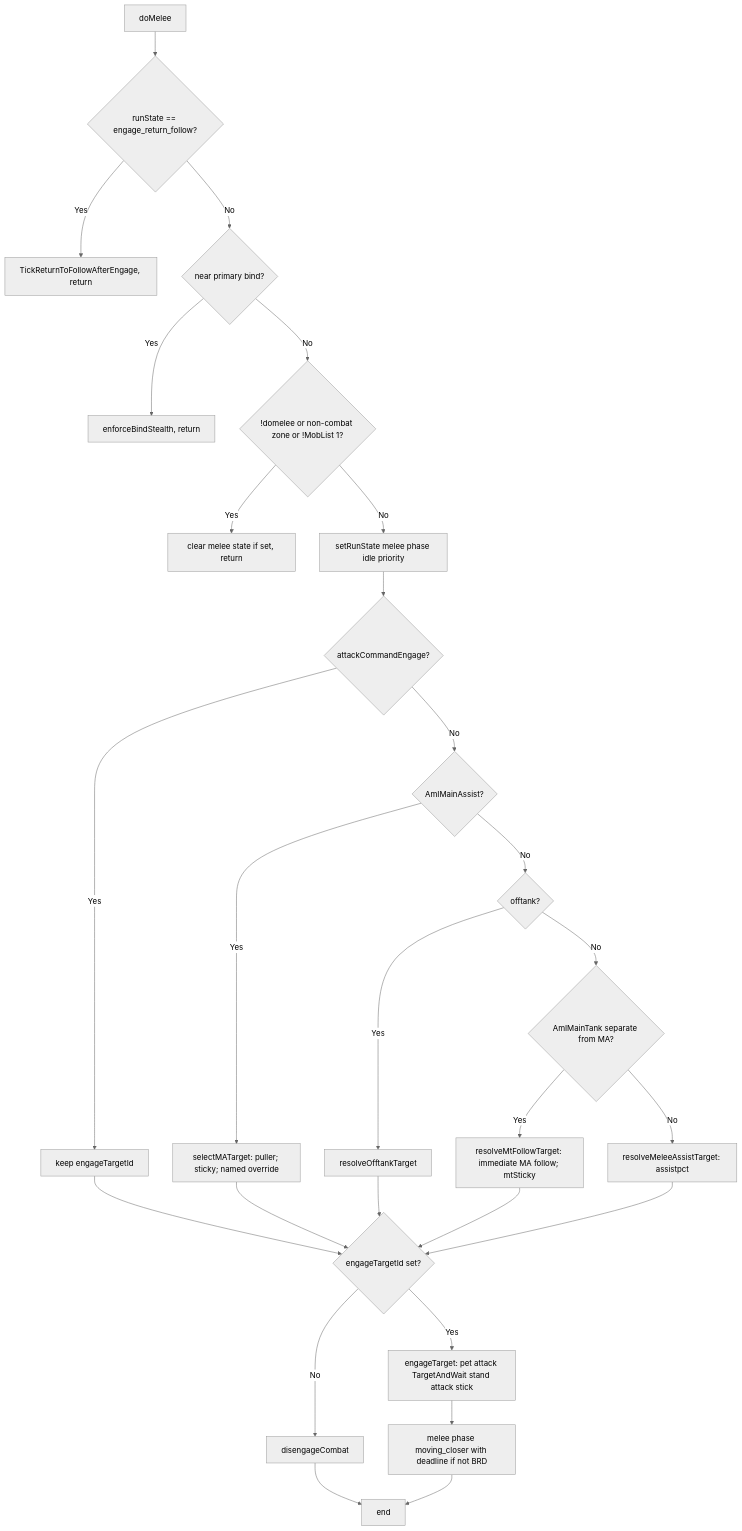
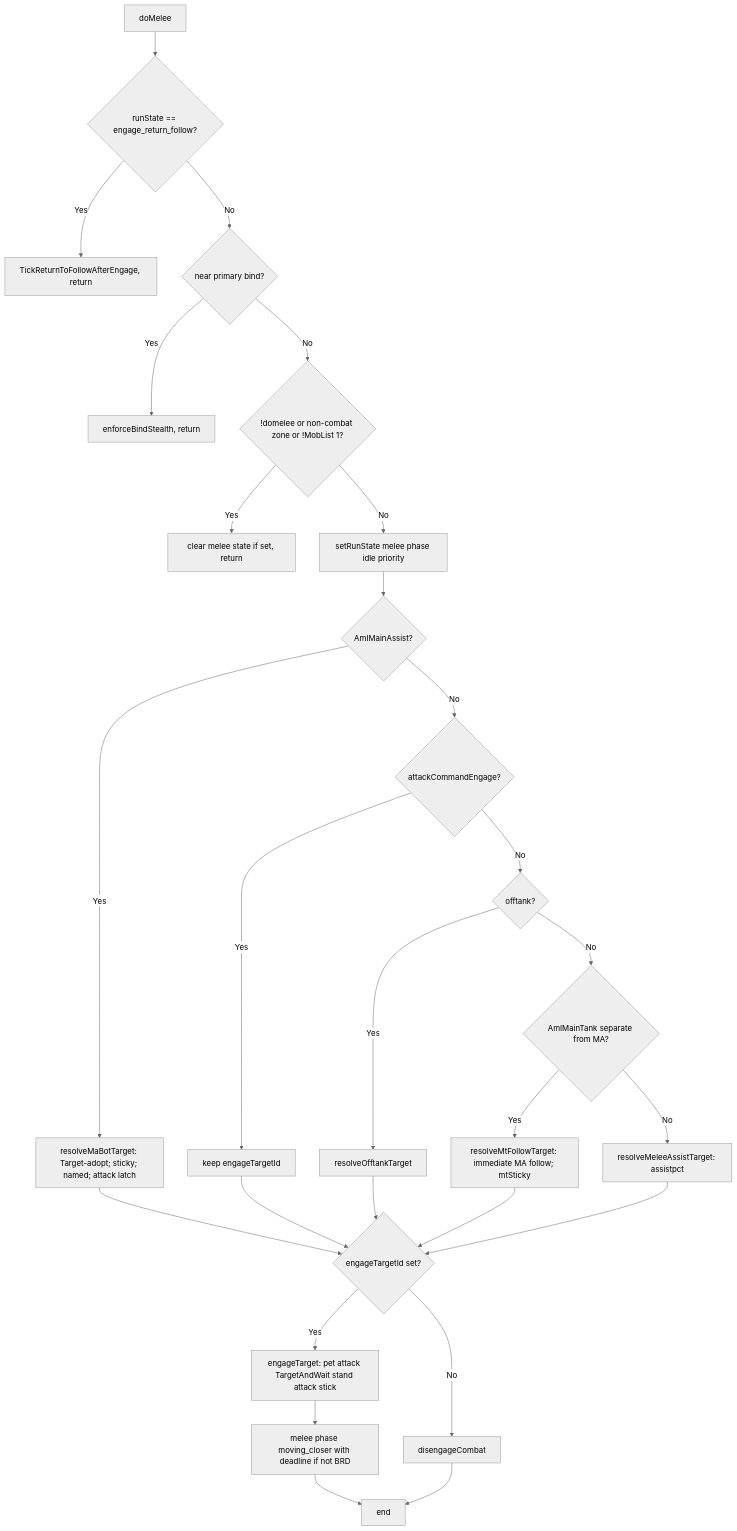
The diagram in docs/botlogic/hook-domelee.md (Cezero/czbot), drawn with Mermaid (neutral theme) before and after one commit. The commit also changed other lines of this file and 13 other files, not shown here.

````diff
--- a/docs/botlogic/hook-domelee.md
+++ b/docs/botlogic/hook-domelee.md
@@ -12,30 +12,30 @@
 ```mermaid
 flowchart TB
     Start[doMelee] --> EngageReturn{runState == engage_return_follow?}
     EngageReturn -->|Yes| TickReturn[TickReturnToFollowAfterEngage, return]
     EngageReturn -->|No| Bind{near primary bind?}
     Bind -->|Yes| ClearBind[enforceBindStealth, return]
     Bind -->|No| Guards{!domelee or non-combat zone or !MobList 1?}
     Guards -->|Yes| ClearMelee[clear melee state if set, return]
     Guards -->|No| SetMelee[setRunState melee phase idle priority]
-    SetMelee --> AttackLock{attackCommandEngage?}
+    SetMelee --> MA{AmIMainAssist?}
+    MA -->|Yes| MATarget[resolveMaBotTarget: Target-adopt; sticky; named; attack latch]
+    MA -->|No| AttackLock{attackCommandEngage?}
     AttackLock -->|Yes| KeepEngage[keep engageTargetId]
-    AttackLock -->|No| MA{AmIMainAssist?}
-    MA -->|Yes| MATarget[selectMATarget: puller; sticky; named override]
-    MA -->|No| OT{offtank?}
+    AttackLock -->|No| OT{offtank?}
     OT -->|Yes| OTResolve[resolveOfftankTarget]
     OT -->|No| MT{AmIMainTank separate from MA?}
     MT -->|Yes| MTFollow[resolveMtFollowTarget: immediate MA follow; mtSticky]
     MT -->|No| DPS[resolveMeleeAssistTarget: assistpct]
     KeepEngage --> HasTarget
     MATarget --> HasTarget
     OTResolve --> HasTarget
     MTFollow --> HasTarget
     DPS --> HasTarget
     HasTarget{engageTargetId set?}
     HasTarget -->|Yes| Engage[engageTarget: pet attack TargetAndWait stand attack stick]
     HasTarget -->|No| Disengage[disengageCombat]
     Engage --> MeleePhase[melee phase moving_closer with deadline if not BRD]
     Disengage --> End[end]
     MeleePhase --> End
 ```
````
